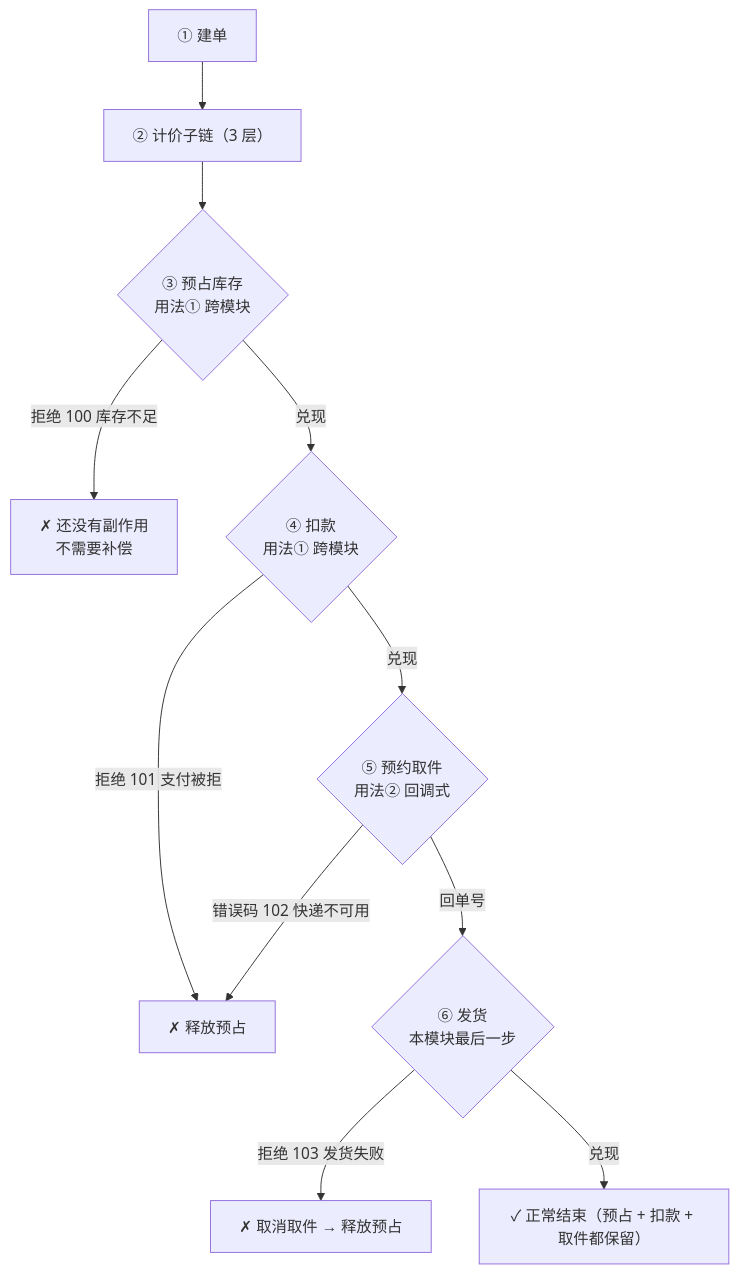
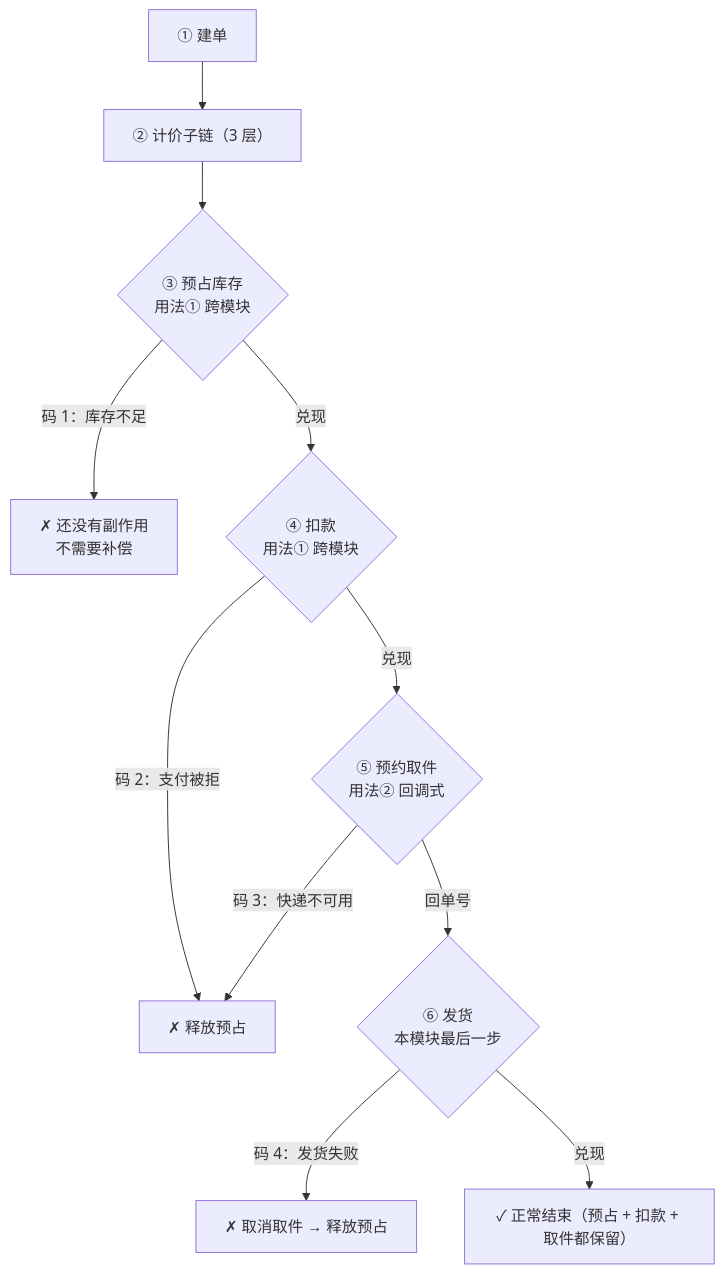
The second of 2 diagrams in docs/common/async-style.md (MYMarcoreus/COM-Framework), drawn with Mermaid before and after one commit. The commit also changed other lines of this file and 15 other files, not shown here.

````diff
--- a/docs/common/async-style.md
+++ b/docs/common/async-style.md
@@ -52,13 +52,13 @@
 ```mermaid
 flowchart TD
     A["① 建单"] --> B["② 计价子链（3 层）"]
     B --> C{"③ 预占库存<br/>用法① 跨模块"}
-    C -->|"拒绝 100 库存不足"| R0["✗ 还没有副作用<br/>不需要补偿"]
+    C -->|"码 1：库存不足"| R0["✗ 还没有副作用<br/>不需要补偿"]
     C -->|"兑现"| D{"④ 扣款<br/>用法① 跨模块"}
-    D -->|"拒绝 101 支付被拒"| R1["✗ 释放预占"]
+    D -->|"码 2：支付被拒"| R1["✗ 释放预占"]
     D -->|"兑现"| E{"⑤ 预约取件<br/>用法② 回调式"}
-    E -->|"错误码 102 快递不可用"| R1
+    E -->|"码 3：快递不可用"| R1
     E -->|"回单号"| F{"⑥ 发货<br/>本模块最后一步"}
-    F -->|"拒绝 103 发货失败"| R2["✗ 取消取件 → 释放预占"]
+    F -->|"码 4：发货失败"| R2["✗ 取消取件 → 释放预占"]
     F -->|"兑现"| G["✓ 正常结束（预占 + 扣款 + 取件都保留）"]
 ```
````
